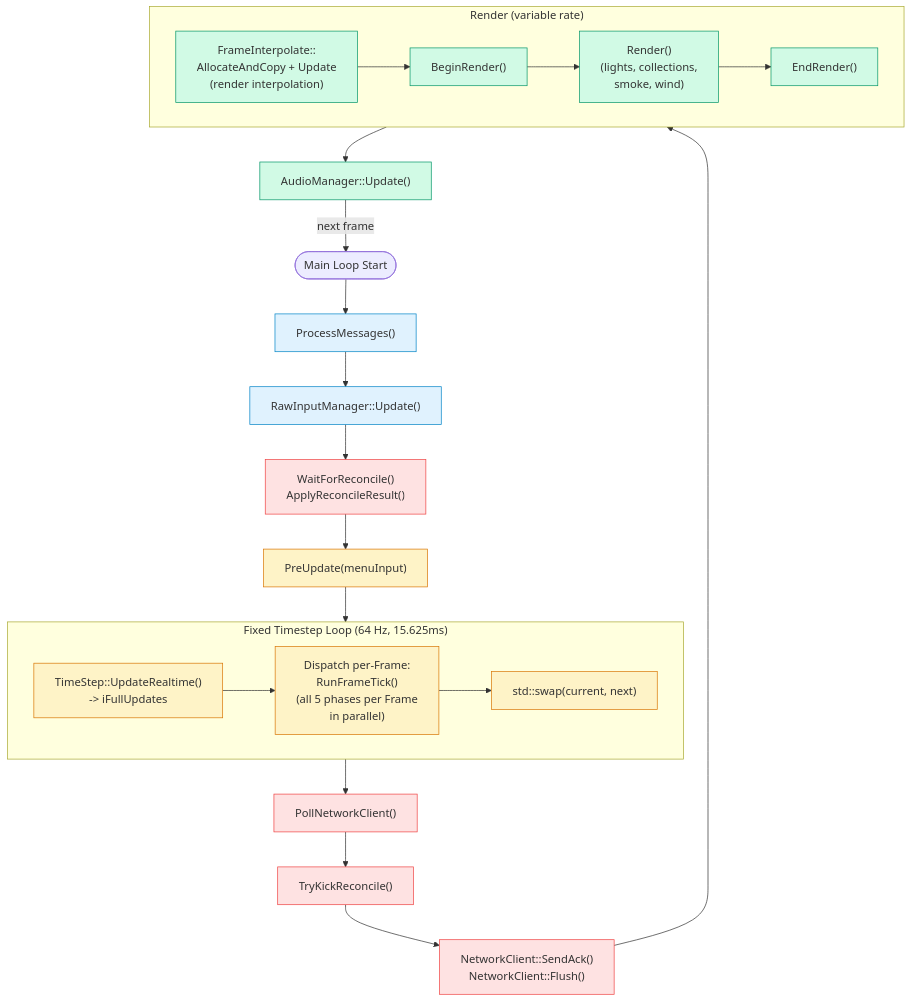
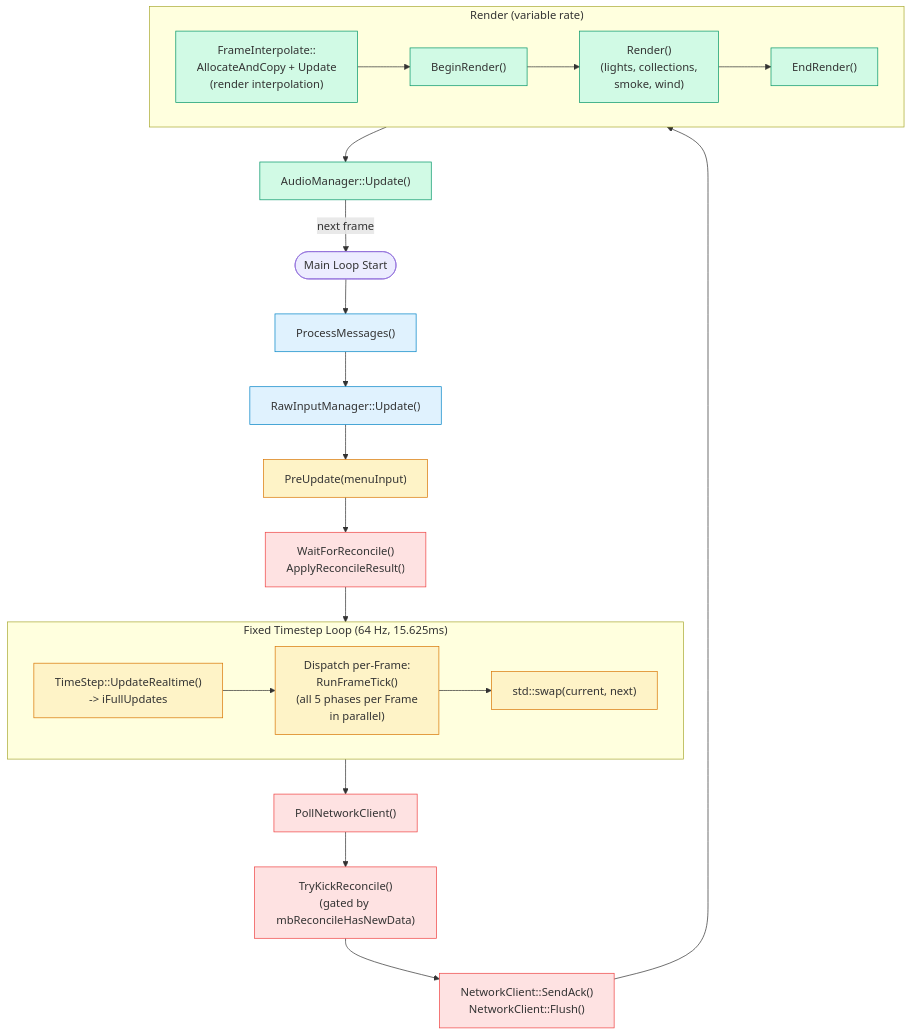
The second of 5 diagrams in Documents/Architecture/FrameUpdatePipeline.md (DougTanner/BrokenEnginePublic), drawn with Mermaid before and after one commit. The commit also changed 35 other files, not shown here.

````diff
--- a/Documents/Architecture/FrameUpdatePipeline.md
+++ b/Documents/Architecture/FrameUpdatePipeline.md
@@ -53,42 +53,42 @@
 ```mermaid
 %%{init: {'theme': 'default'}}%%
 flowchart TD
     classDef input fill:#e0f2fe,stroke:#0284c7
     classDef physics fill:#fef3c7,stroke:#d97706
     classDef network fill:#fee2e2,stroke:#ef4444
     classDef render fill:#d1fae5,stroke:#059669
 
     start(["Main Loop Start"])
 
     msgs["ProcessMessages()"]:::input
     input["RawInputManager::Update()"]:::input
 
+    preupdate["PreUpdate(menuInput)"]:::physics
+
     reconcile["WaitForReconcile()<br/>ApplyReconcileResult()"]:::network
-
-    preupdate["PreUpdate(menuInput)"]:::physics
 
     subgraph physics_loop ["Fixed Timestep Loop (64 Hz, 15.625ms)"]
         ts["TimeStep::UpdateRealtime()<br/>-> iFullUpdates"]:::physics
         dispatch["Dispatch per-Frame:<br/>RunFrameTick()<br/>(all 5 phases per Frame<br/>in parallel)"]:::physics
         frame_swap["std::swap(current, next)"]:::physics
         ts --> dispatch --> frame_swap
     end
 
     net_poll["PollNetworkClient()"]:::network
-    kick["TryKickReconcile()"]:::network
+    kick["TryKickReconcile()<br/>(gated by mbReconcileHasNewData)"]:::network
     send["NetworkClient::SendAck()<br/>NetworkClient::Flush()"]:::network
 
     subgraph render_phase ["Render (variable rate)"]
         r_interp["FrameInterpolate::<br/>AllocateAndCopy + Update<br/>(render interpolation)"]:::render
         r_begin["BeginRender()"]:::render
         r_main["Render()<br/>(lights, collections,<br/>smoke, wind)"]:::render
         r_end["EndRender()"]:::render
         r_interp --> r_begin --> r_main --> r_end
     end
 
     audio["AudioManager::Update()"]:::render
 
-    start --> msgs --> input --> reconcile --> preupdate --> physics_loop
+    start --> msgs --> input --> preupdate --> reconcile --> physics_loop
     physics_loop --> net_poll --> kick --> send --> render_phase --> audio
     audio -->|next frame| start
 ```
````
